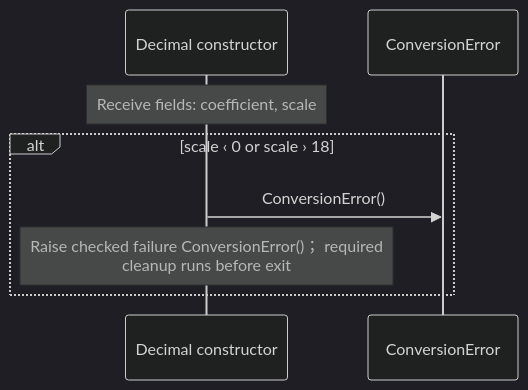
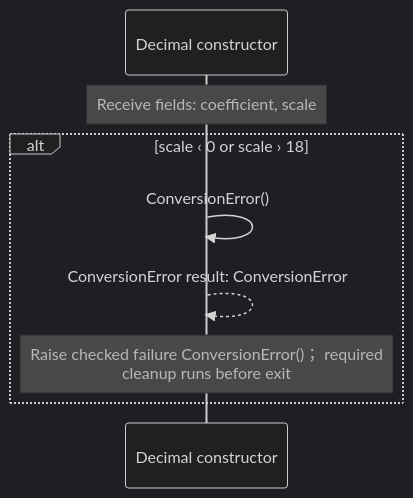
The first of 10 diagrams in src/stdlib/math/decimals.aug.diagrams.md (GreenPandaStudios/augscript), drawn with Mermaid (dark theme) before and after one commit. The commit also changed other lines of this file and 304 other files, not shown here.

Commit message:
Make generated data-flow sequences concise and review every diagram

````diff
--- a/src/stdlib/math/decimals.aug.diagrams.md
+++ b/src/stdlib/math/decimals.aug.diagrams.md
@@ -52,10 +18,11 @@
 ```mermaid
 sequenceDiagram
     participant p0 as Decimal constructor
-    participant p1 as ConversionError
+
     Note over p0: Receive fields: coefficient, scale
     alt scale ‹ 0 or scale › 18
-    p0->>p1: ConversionError()
+    p0->>p0: ConversionError()
+    p0-->>p0: ConversionError result: ConversionError
     Note over p0: Raise checked failure ConversionError()； required<br/>cleanup runs before exit
     end
 ```
````
